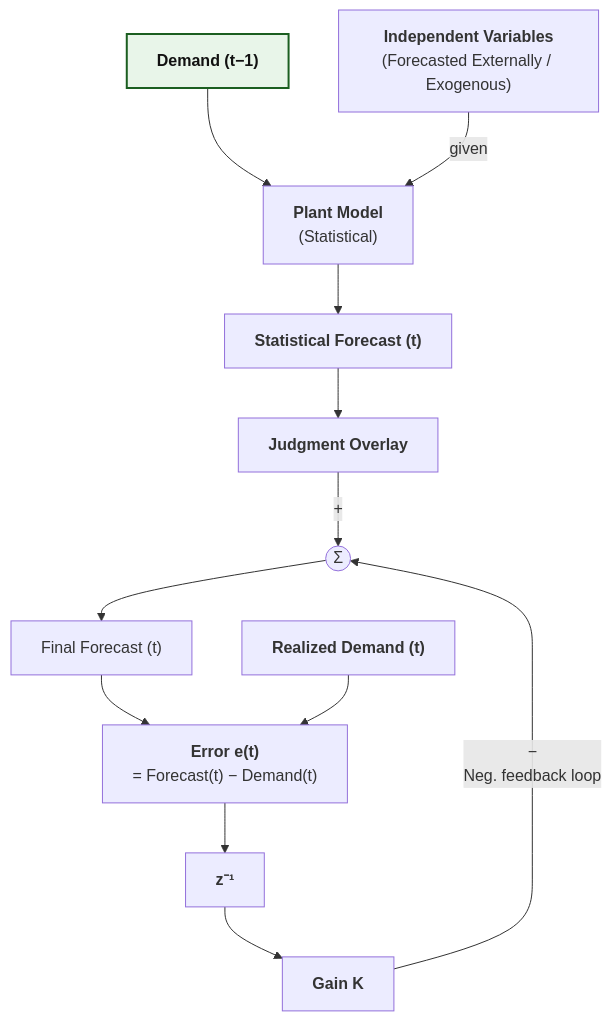
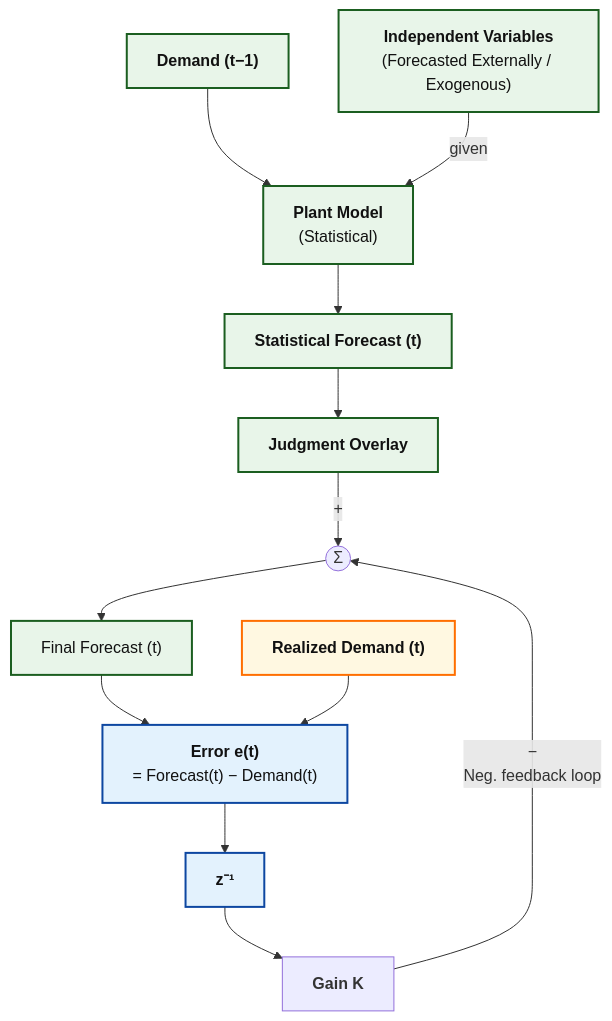
One commit to Tellusant/docs changed the diagram in articles-posts/judgmental-mechanical.md. Above: the diagram before and after it, drawn with Mermaid.

```diff
--- a/articles-posts/judgmental-mechanical.md
+++ b/articles-posts/judgmental-mechanical.md
@@ -19,50 +19,50 @@
 <div class="mermaid">
   
 flowchart TD
 
 %% ===== Inputs =====
 D1["`**Demand (t−1)**`"]:::strong
-X["`**Independent Variables**<br/>(Forecasted Externally / Exogenous)`"]
+X["`**Independent Variables**<br/>(Forecasted Externally / Exogenous)`"]:::strong
 
 %% ===== Baseline model =====
-M["`**Plant Model**<br/>(Statistical)`"]
-S["`**Statistical Forecast (t)**`"]
+M["`**Plant Model**<br/>(Statistical)`"]:::strong
+S["`**Statistical Forecast (t)**`"]:::strong
 
 %% ===== Judgment and correction =====
-J["`**Judgment Overlay**`"]
+J["`**Judgment Overlay**`"]:::strong
 Sum((Σ))
 K["`**Gain K**`"]
-F["`Final Forecast (t)`"]
+F["`Final Forecast (t)`"]:::strong
 
 %% ===== Realized demand =====
-R["`**Realized Demand (t)**`"]
+R["`**Realized Demand (t)**`"]:::mixed
 
 %% ===== Error and delay =====
-E["`**Error e(t)**<br/>= Forecast(t) − Demand(t)`"]
-Delay["`**z⁻¹**`"]
+E["`**Error e(t)**<br/>= Forecast(t) − Demand(t)`"]:::neutral
+Delay["`**z⁻¹**`"]:::neutral
 
 %% ===== Forward path =====
 D1 --> M
 X -->|given| M
 M --> S
 S --> J
 J -->|&nbsp;+&nbsp;| Sum
 Sum --> F
 
 %% ===== Error computation =====
 F --> E
 R --> E
 
 %% ===== Feedback =====
 E --> Delay
 Delay --> K
 K -->|−<br/>Neg. feedback loop| Sum
 
 %% ========= STYLES =========
 classDef strong  fill:#E8F5E9,stroke:#1B5E20,stroke-width:2px,color:#111;
 classDef neutral fill:#E3F2FD,stroke:#0D47A1,stroke-width:2px,color:#111;
 classDef mixed   fill:#FFF8E1,stroke:#FF6F00,stroke-width:2px,color:#111;
 classDef risk    fill:#FDECEA,stroke:#B71C1C,stroke-width:2px,color:#111;
 classDef summary fill:#F5F5F5,stroke:#424242,stroke-width:2px,color:#111;
 
 </div>
```
